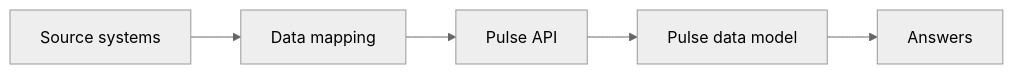
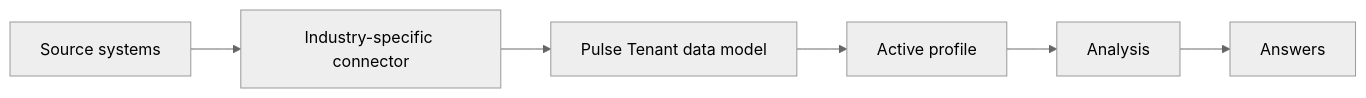
The diagram in docs/index.md (Tom-PIT/TomPIT.Pulse.Connector), drawn with Mermaid (neutral theme) before and after one commit. The commit also changed other lines of this file and 1 other file, not shown here.

Commit message:
docs: updates to index files because of Model change

````diff
--- a/docs/index.md
+++ b/docs/index.md
@@ -9,7 +11,8 @@
-``` mermaid 
+```mermaid
 graph LR
-  A[Source systems] --> B[Data mapping]
-  B --> C[Pulse API]
-  C --> D[Pulse data model]
-  D --> E[Answers]
+  A[Source systems] --> B[Industry-specific connector]
+  B --> C[Pulse Tenant data model]
+  C --> D[Active profile]
+  D --> E[Analysis]
+  E --> F[Answers]
 ```
````
